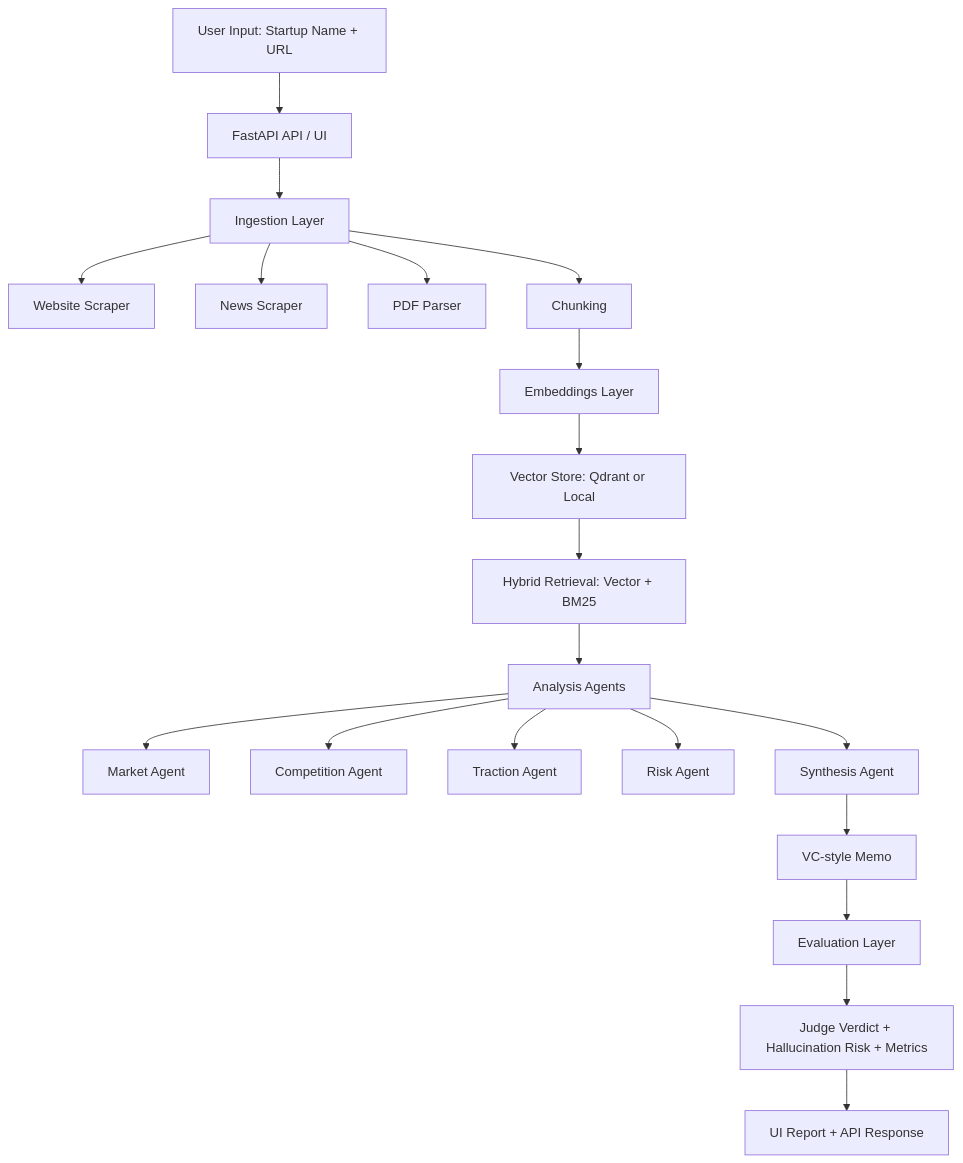
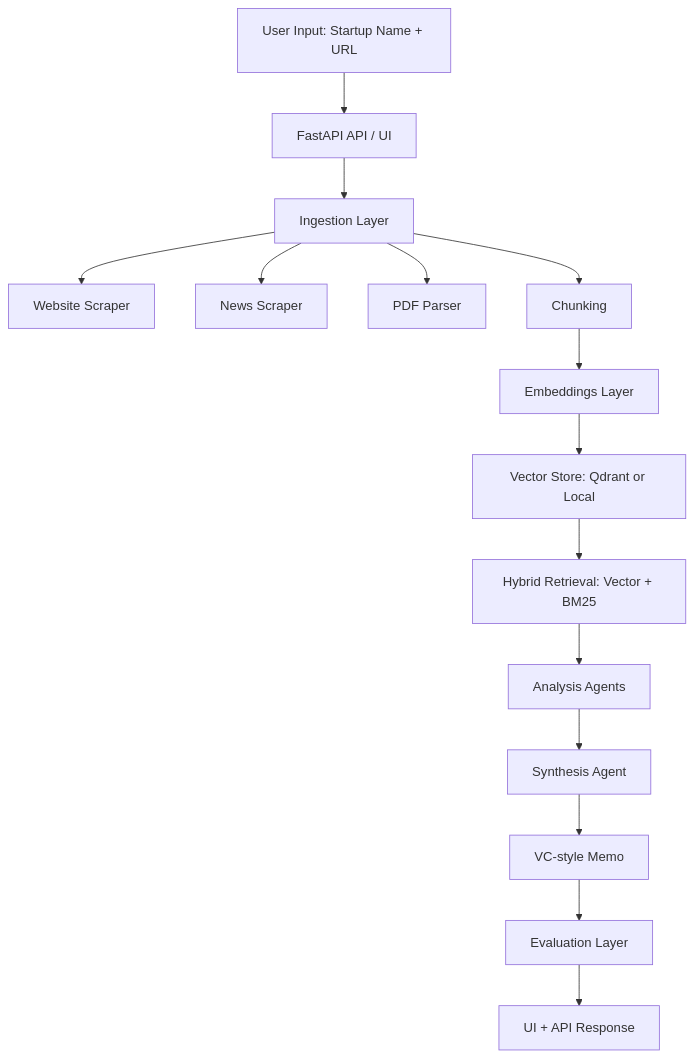
The diagram in README.md (truecallerabreham/Vc_start_up-evalutor-project), drawn with Mermaid before and after one commit. The commit also changed other lines of this file, not shown here.

````diff
--- a/README.md
+++ b/README.md
@@ -21,22 +82,17 @@
 ```mermaid
 flowchart TD
     A[User Input: Startup Name + URL] --> B[FastAPI API / UI]
     B --> C[Ingestion Layer]
     C --> C1[Website Scraper]
     C --> C2[News Scraper]
     C --> C3[PDF Parser]
     C --> D[Chunking]
     D --> E[Embeddings Layer]
     E --> F[Vector Store: Qdrant or Local]
     F --> G[Hybrid Retrieval: Vector + BM25]
     G --> H[Analysis Agents]
-    H --> H1[Market Agent]
-    H --> H2[Competition Agent]
-    H --> H3[Traction Agent]
-    H --> H4[Risk Agent]
     H --> I[Synthesis Agent]
     I --> J[VC-style Memo]
     J --> K[Evaluation Layer]
-    K --> L[Judge Verdict + Hallucination Risk + Metrics]
-    L --> M[UI Report + API Response]
+    K --> L[UI + API Response]
 ```
````
